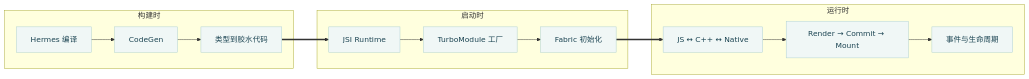
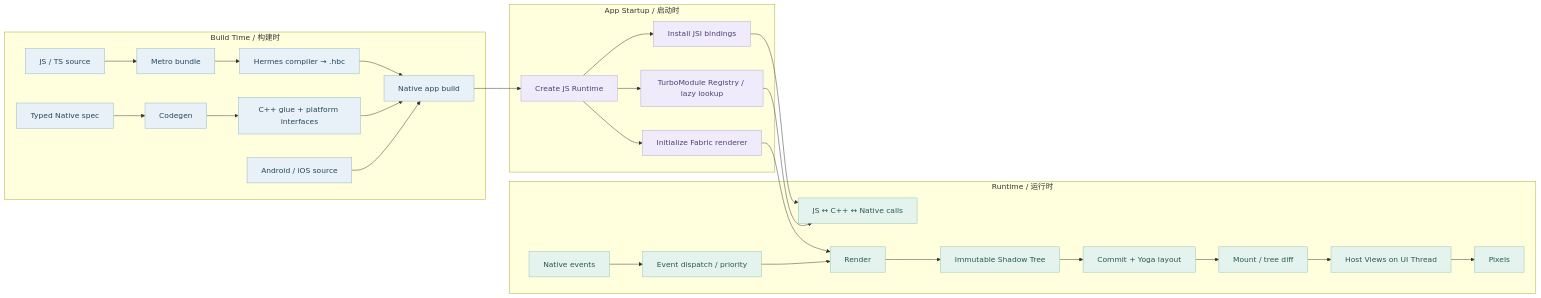
One commit to liucaidong/knowverse changed the diagram in assets/panoramas/react-native.mmd. Above: the diagram before and after it, drawn with Mermaid. The commit also changed 38 other files, not shown here.

Commit message:
feat: complete React Native new architecture learning domain

```diff
--- a/assets/panoramas/react-native.mmd
+++ b/assets/panoramas/react-native.mmd
@@ -1,35 +1,34 @@
 flowchart LR
-classDef hub fill:#10374a,color:#ffffff,stroke:#4a8b9a,stroke-width:2px;
-classDef node fill:#f0f7f6,color:#1b4452,stroke:#accfd0,stroke-width:1px;
-  subgraph G0["构建时"]
-    N00["Hermes 编译"]
-    N01["CodeGen"]
-    N02["类型到胶水代码"]
-  end
-  N00 --> N01
-  N01 --> N02
-  subgraph G1["启动时"]
-    N10["JSI Runtime"]
-    N11["TurboModule 工厂"]
-    N12["Fabric 初始化"]
-  end
-  N10 --> N11
-  N11 --> N12
-  subgraph G2["运行时"]
-    N20["JS ↔ C++ ↔ Native"]
-    N21["Render → Commit → Mount"]
-    N22["事件与生命周期"]
-  end
-  N20 --> N21
-  N21 --> N22
-  N02 ==> N10
-  N12 ==> N20
-  class N00 node
-  class N01 node
-  class N02 node
-  class N10 node
-  class N11 node
-  class N12 node
-  class N20 node
-  class N21 node
-  class N22 node
+classDef build fill:#e7f1f7,color:#25465c,stroke:#92b4c8,stroke-width:1px;
+classDef startup fill:#f0ebfa,color:#4d4274,stroke:#b2a6d5,stroke-width:1px;
+classDef runtime fill:#e5f3ee,color:#285a4a,stroke:#8fc2ab,stroke-width:1px;
+subgraph B["Build Time / 构建时"]
+ JS["JS / TS source"] --> Metro["Metro bundle"] --> Hermes["Hermes compiler → .hbc"]
+ Spec["Typed Native spec"] --> Codegen["Codegen"]
+ Codegen --> Glue["C++ glue + platform interfaces"]
+ Android["Android / iOS source"]
+ Hermes --> App["Native app build"]
+ Glue --> App
+ Android --> App
+end
+subgraph S["App Startup / 启动时"]
+ App --> Runtime["Create JS Runtime"]
+ Runtime --> JSI["Install JSI bindings"]
+ Runtime --> Registry["TurboModule Registry / lazy lookup"]
+ Runtime --> FabricInit["Initialize Fabric renderer"]
+end
+subgraph R["Runtime / 运行时"]
+ JSI --> Calls["JS ↔ C++ ↔ Native calls"]
+ Registry --> Calls
+ FabricInit --> Render["Render"]
+ Render --> Shadow["Immutable Shadow Tree"]
+ Shadow --> Commit["Commit + Yoga layout"]
+ Commit --> Mount["Mount / tree diff"]
+ Mount --> Host["Host Views on UI Thread"]
+ Host --> Pixels["Pixels"]
+ Events["Native events"] --> Dispatch["Event dispatch / priority"]
+ Dispatch --> Render
+end
+class JS,Metro,Hermes,Spec,Codegen,Glue,Android,App build
+class Runtime,JSI,Registry,FabricInit startup
+class Calls,Render,Shadow,Commit,Mount,Host,Pixels,Events,Dispatch runtime
```
